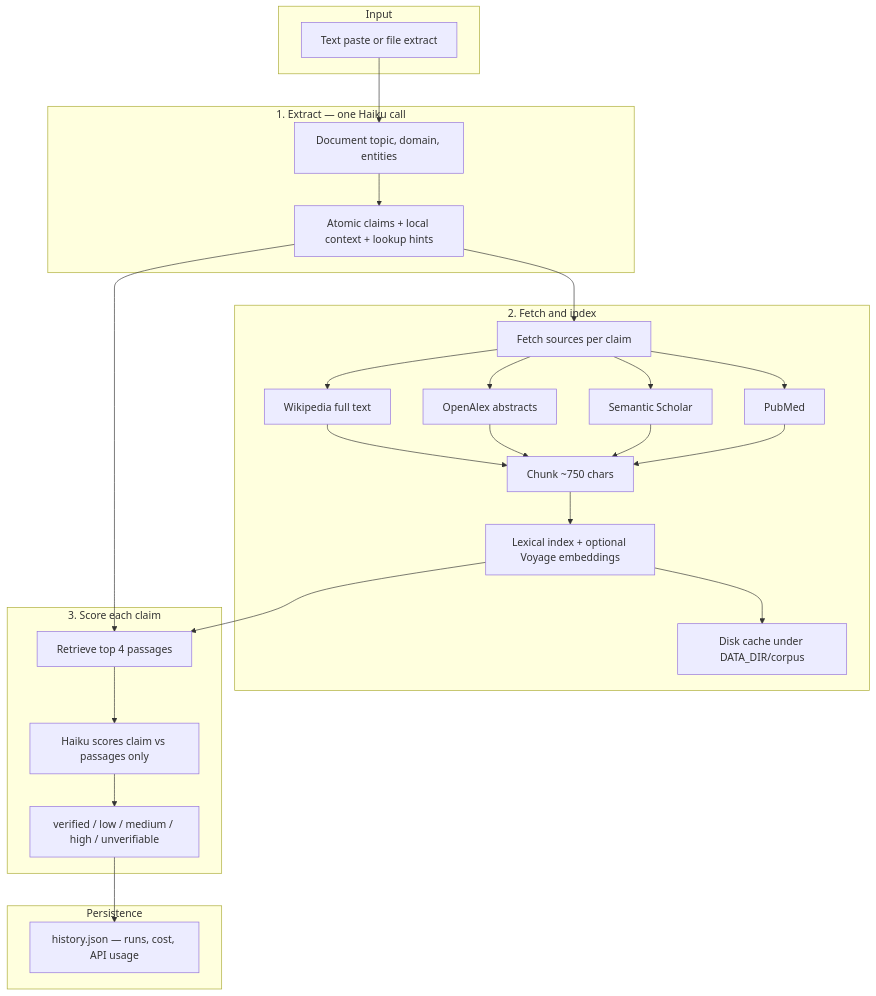
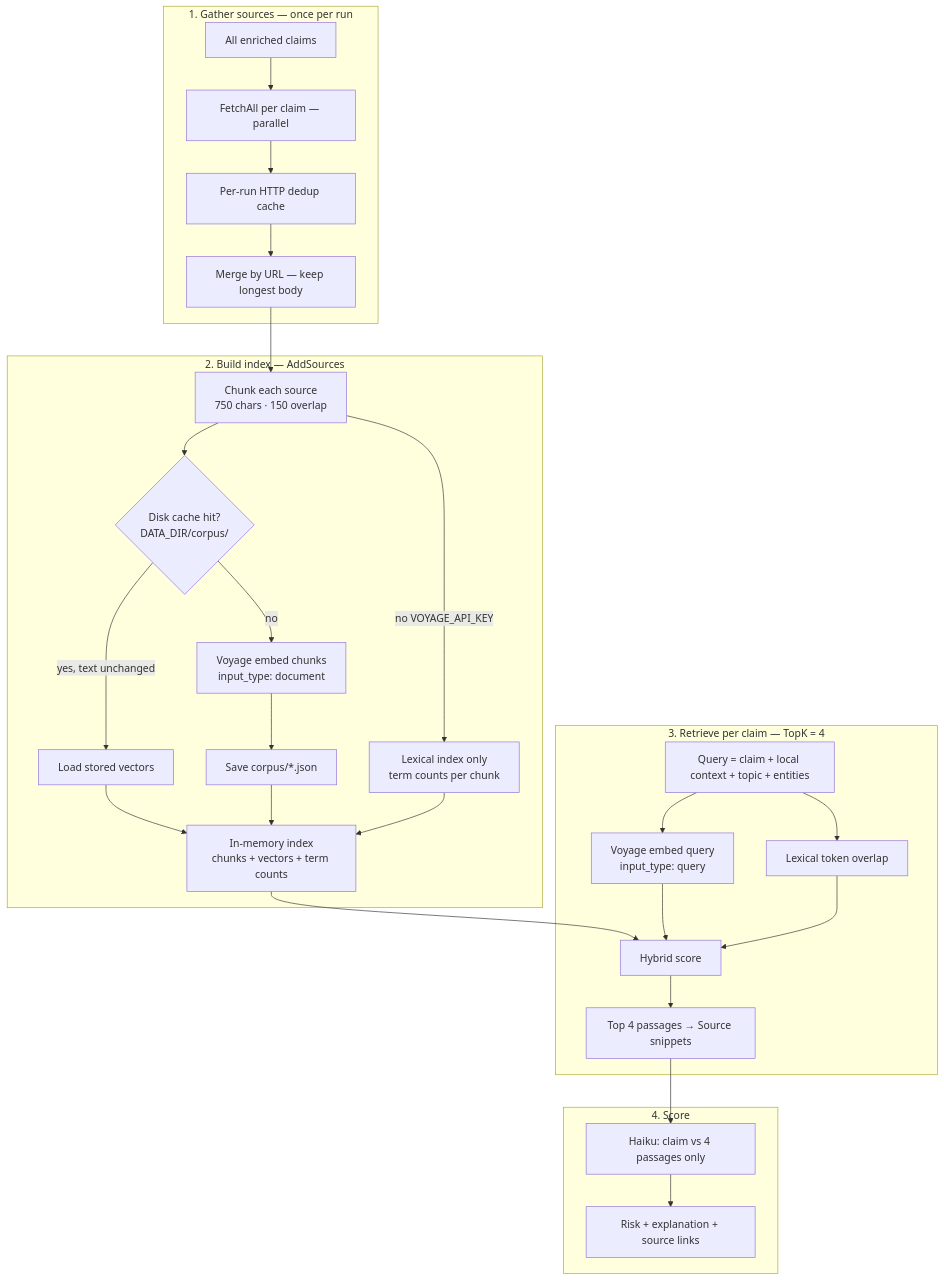
One commit to jek821/Claim-Inspector changed the first of 4 diagrams in README.md. Above: the diagram before and after it, drawn with Mermaid. The commit also changed other lines of this file and 2 other files, not shown here.

Commit message:
added RAG pipeline, vectorization and voyage for embedded contexts retrieval

````diff
--- a/README.md
+++ b/README.md
@@ -39,33 +41,36 @@
 ```mermaid
 flowchart TB
-  subgraph input [Input]
-    T[Text paste or file extract]
+  subgraph fetch [1. Gather sources — once per run]
+    CL[All enriched claims]
+    CL --> FA[FetchAll per claim — parallel]
+    FA --> DEDUP[Per-run HTTP dedup cache]
+    DEDUP --> URL[Merge by URL — keep longest body]
   end
 
-  subgraph phase1 [1. Extract — one Haiku call]
-    T --> E[Document topic, domain, entities]
-    E --> C[Atomic claims + local context + lookup hints]
+  subgraph index [2. Build index — AddSources]
+    URL --> CH[Chunk each source\n750 chars · 150 overlap]
+    CH --> CACHE{Disk cache hit?\nDATA_DIR/corpus/}
+    CACHE -->|yes, text unchanged| LOAD[Load stored vectors]
+    CACHE -->|no| VOY[Voyage embed chunks\ninput_type: document]
+    VOY --> SAVE[Save corpus/*.json]
+    LOAD --> IDX[In-memory index\nchunks + vectors + term counts]
+    SAVE --> IDX
+    CH -->|no VOYAGE_API_KEY| LEXONLY[Lexical index only\nterm counts per chunk]
+    LEXONLY --> IDX
   end
 
-  subgraph phase2 [2. Fetch and index]
-    C --> F[Fetch sources per claim]
-    F --> W[Wikipedia full text]
-    F --> OA[OpenAlex abstracts]
-    F --> SS[Semantic Scholar]
-    F --> PM[PubMed]
-    W & OA & SS & PM --> CH[Chunk ~750 chars]
-    CH --> IX[Lexical index + optional Voyage embeddings]
-    IX --> CACHE[Disk cache under DATA_DIR/corpus]
+  subgraph retrieve [3. Retrieve per claim — TopK = 4]
+    Q[Query = claim + local context + topic + entities]
+    Q --> QV[Voyage embed query\ninput_type: query]
+    Q --> QT[Lexical token overlap]
+    IDX --> SC[Hybrid score]
+    QV --> SC
+    QT --> SC
+    SC --> TOP[Top 4 passages → Source snippets]
   end
 
-  subgraph phase3 [3. Score each claim]
-    C --> R[Retrieve top 4 passages]
-    IX --> R
-    R --> H[Haiku scores claim vs passages only]
-    H --> OUT[verified / low / medium / high / unverifiable]
-  end
-
-  subgraph persist [Persistence]
-    OUT --> HIST[history.json — runs, cost, API usage]
+  subgraph score [4. Score]
+    TOP --> H[Haiku: claim vs 4 passages only]
+    H --> OUT[Risk + explanation + source links]
   end
 ```
````
